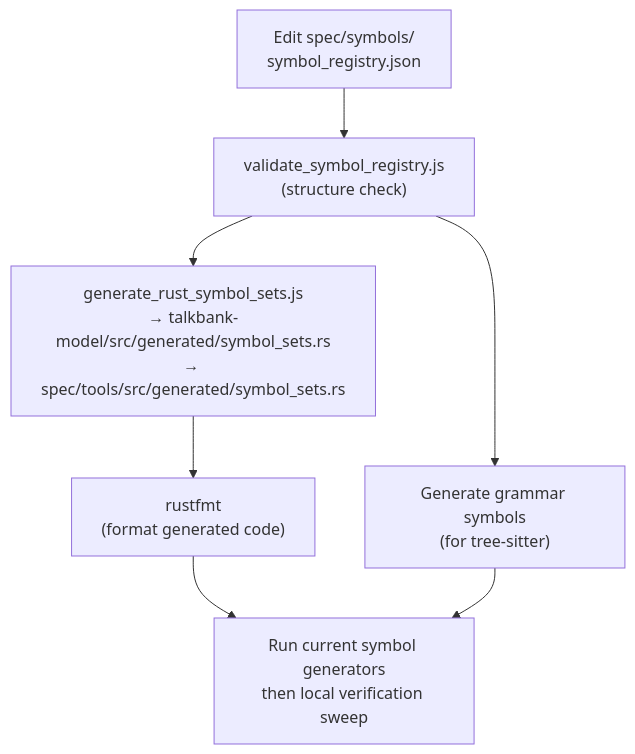
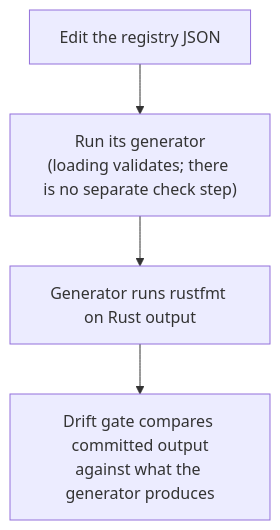
One commit to TalkBank/chatter changed the diagram in book/src/contributing/spec-workflow.md. Above: the diagram before and after it, drawn with Mermaid. The commit also changed other lines of this file and 414 other files, not shown here.

````diff
--- a/book/src/contributing/spec-workflow.md
+++ b/book/src/contributing/spec-workflow.md
@@ -134,13 +175,9 @@
 ```mermaid
 flowchart TD
-    registry["Edit spec/symbols/\nsymbol_registry.json"]
-    validate["validate_symbol_registry.js\n(structure check)"]
-    gen_grammar["Generate grammar symbols\n(for tree-sitter)"]
-    gen_rust["generate_rust_symbol_sets.js\n→ talkbank-model/src/generated/symbol_sets.rs\n→ spec/tools/src/generated/symbol_sets.rs"]
-    fmt["rustfmt\n(format generated code)"]
-    verify["Run current symbol generators\nthen local verification sweep"]
+    registry["Edit the registry JSON"]
+    gen["Run its generator\n(loading validates; there is no separate check step)"]
+    fmt["Generator runs rustfmt on Rust output"]
+    gate["Drift gate compares committed output\nagainst what the generator produces"]
 
-    registry --> validate --> gen_grammar & gen_rust
-    gen_rust --> fmt --> verify
-    gen_grammar --> verify
+    registry --> gen --> fmt --> gate
 ```
````
